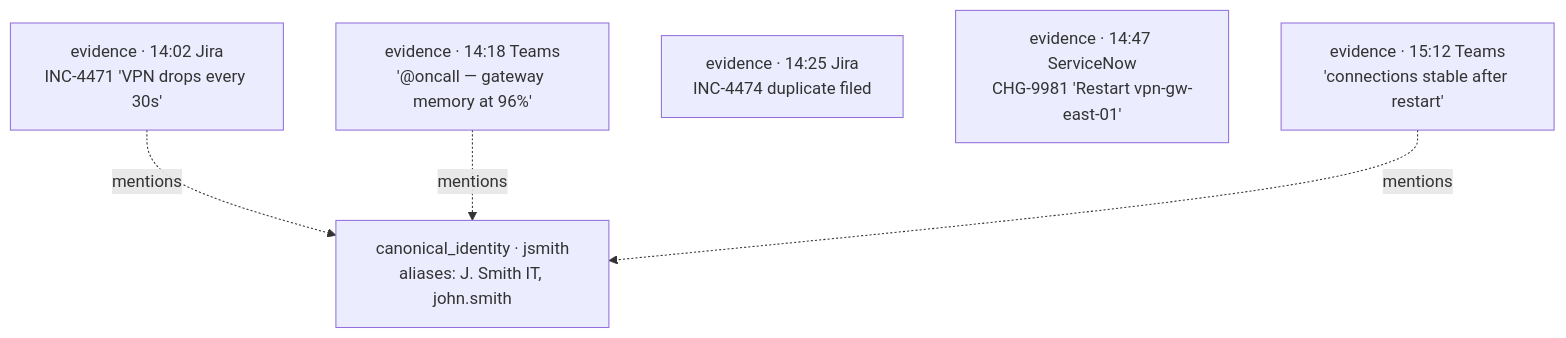
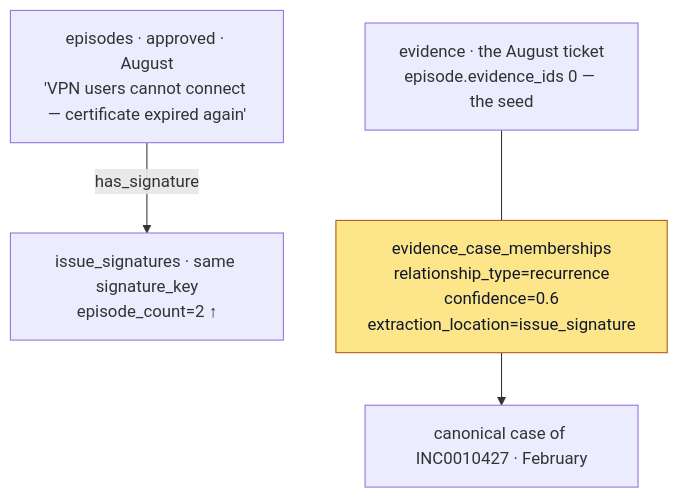
One commit to Valuedx/ContextEdge changed diagram 12 of 22 in docs/CONTEXT_GRAPH_WALKTHROUGH.md. Above: the diagram before and after it, drawn with Mermaid. The commit also changed other lines of this file and 48 other files, not shown here.

````diff
--- a/docs/CONTEXT_GRAPH_WALKTHROUGH.md
+++ b/docs/CONTEXT_GRAPH_WALKTHROUGH.md
@@ -303,14 +350,15 @@
 ```mermaid
 graph TD
-  EV1[evidence · 14#58;02 Jira<br/>INC-4471 'VPN drops every 30s']
-  EV2[evidence · 14#58;18 Teams<br/>'@oncall — gateway memory at 96%']
-  EV3[evidence · 14#58;25 Jira<br/>INC-4474 duplicate filed]
-  EV4[evidence · 14#58;47 ServiceNow<br/>CHG-9981 'Restart vpn-gw-east-01']
-  EV5[evidence · 15#58;12 Teams<br/>'connections stable after restart']
+  EP2[episodes · approved · August<br/>'VPN users cannot connect — certificate expired again']
+  SIG[issue_signatures · same signature_key<br/>episode_count=2 ↑]
+  CASE1[canonical case of INC0010427 · February]
+  EVSEED[evidence · the August ticket<br/>episode.evidence_ids 0 — the seed]
+  REC[evidence_case_memberships<br/>relationship_type=recurrence<br/>confidence=0.6<br/>extraction_location=issue_signature]
 
-  IDA[canonical_identity · jsmith<br/>aliases: J. Smith IT, john.smith]
+  EP2 -- has_signature --> SIG
+  EVSEED --- REC
+  REC --> CASE1
 
-  EV1 -. mentions .-> IDA
-  EV2 -. mentions .-> IDA
-  EV5 -. mentions .-> IDA
+  classDef rc fill:#fde68a,stroke:#b45309,color:#0f172a;
+  class REC rc;
 ```
````
